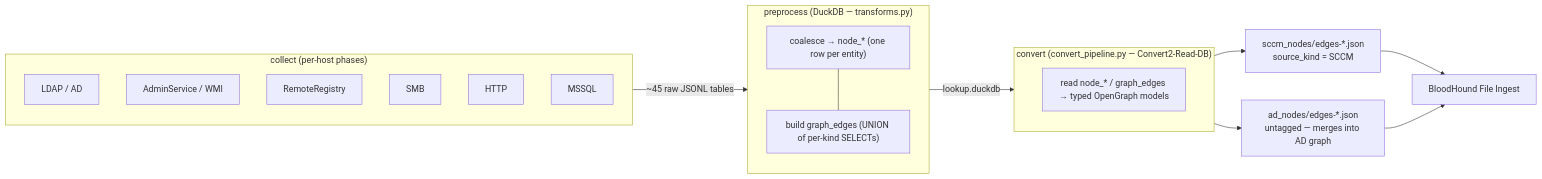
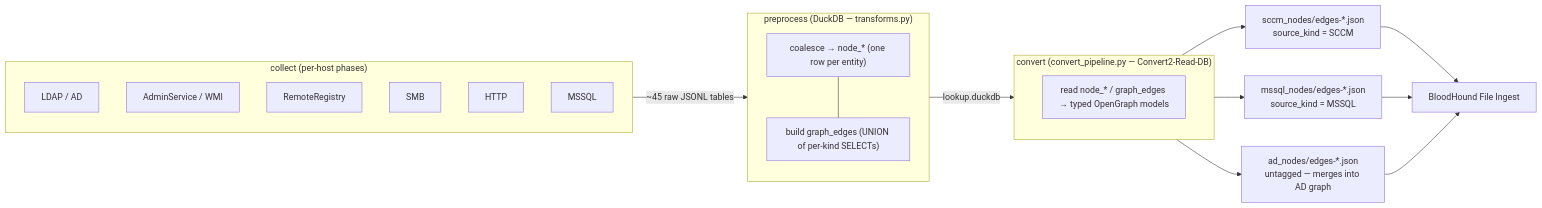
The first of 3 diagrams in README.md (SpecterOps/ConfigManBearPig), drawn with Mermaid before and after one commit. The commit also changed other lines of this file and 13 other files, not shown here.

Commit message:
feat: emit MSSQL nodes/edges under source_kind=MSSQL + graph zip on --run-all

````diff
--- a/README.md
+++ b/README.md
@@ -762,27 +766,29 @@
 ```mermaid
 flowchart LR
     subgraph C["collect (per-host phases)"]
         direction TB
         LDAP[LDAP / AD]
         ADM[AdminService / WMI]
         RR[RemoteRegistry]
         SMB[SMB]
         HTTP[HTTP]
         SQL[MSSQL]
     end
     C -->|"~45 raw JSONL tables"| P
     subgraph P["preprocess (DuckDB — transforms.py)"]
         direction TB
         COAL["coalesce → node_* (one row per entity)"]
         EDG["build graph_edges (UNION of per-kind SELECTs)"]
         COAL --- EDG
     end
     P -->|"lookup.duckdb"| V
     subgraph V["convert (convert_pipeline.py — Convert2-Read-DB)"]
         RD["read node_* / graph_edges → typed OpenGraph models"]
     end
     V --> O1["sccm_nodes/edges-*.json<br/>source_kind = SCCM"]
+    V --> O3["mssql_nodes/edges-*.json<br/>source_kind = MSSQL"]
     V --> O2["ad_nodes/edges-*.json<br/>untagged — merges into AD graph"]
     O1 --> BH["BloodHound File Ingest"]
+    O3 --> BH
     O2 --> BH
 ```
````
